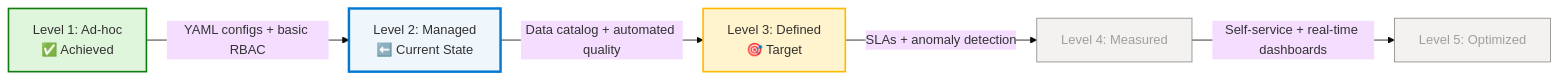
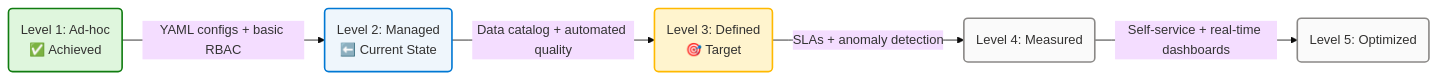
Before and after one commit to Evilazaro/DevExp-DevBox: the seventh of 14 diagrams in docs/architecture/data-architecture.md, drawn with Mermaid. The commit also changed other lines of this file, not shown here.

Commit message:
feat: update data architecture diagrams with new class definitions and styling

````diff
--- a/docs/architecture/data-architecture.md
+++ b/docs/architecture/data-architecture.md
@@ -741,40 +742,40 @@
 ```mermaid
 ---
 config:
   theme: base
   look: classic
   layout: dagre
   themeVariables:
     fontSize: "16px"
 ---
 flowchart LR
     accTitle: DevExp-DevBox Data Governance Maturity Matrix
     accDescr: Shows the current data maturity level assessment from Level 1 Ad-hoc through Level 5 Optimized with current position at Level 2 Managed
 
     %% ═══════════════════════════════════════════════════════════════════════════
     %% AZURE / FLUENT ARCHITECTURE PATTERN v1.1
     %% (Semantic + Structural + Font + Accessibility Governance)
     %% ═══════════════════════════════════════════════════════════════════════════
     %% PHASE 1 - FLUENT UI: All styling uses approved Fluent UI palette only
     %% PHASE 2 - GROUPS: Every subgraph has semantic color via style directive
     %% PHASE 3 - COMPONENTS: Every node has semantic classDef + icon prefix
     %% PHASE 4 - ACCESSIBILITY: accTitle/accDescr present, WCAG AA contrast
     %% PHASE 5 - STANDARD: Governance block present, classDefs centralized
     %% ═══════════════════════════════════════════════════════════════════════════
 
-    classDef achieved fill:#DFF6DD,stroke:#107C10,stroke-width:2px,color:#323130
-    classDef current fill:#EFF6FC,stroke:#0078D4,stroke-width:3px,color:#323130
-    classDef target fill:#FFF4CE,stroke:#FFB900,stroke-width:2px,color:#323130
-    classDef future fill:#F3F2F1,stroke:#8A8886,stroke-width:1px,color:#A19F9D
+    classDef success fill:#DFF6DD,stroke:#107C10,stroke-width:2px,color:#323130
+    classDef core fill:#EFF6FC,stroke:#0078D4,stroke-width:2px,color:#323130
+    classDef warning fill:#FFF4CE,stroke:#FFB900,stroke-width:2px,color:#323130
+    classDef neutral fill:#FAFAFA,stroke:#8A8886,stroke-width:2px,color:#323130
 
-    L1["Level 1: Ad-hoc<br>✅ Achieved"]:::achieved
-    L2["Level 2: Managed<br>⬅️ Current State"]:::current
-    L3["Level 3: Defined<br>🎯 Target"]:::target
-    L4["Level 4: Measured"]:::future
-    L5["Level 5: Optimized"]:::future
+    L1("Level 1: Ad-hoc<br>✅ Achieved"):::success
+    L2("Level 2: Managed<br>⬅️ Current State"):::core
+    L3("Level 3: Defined<br>🎯 Target"):::warning
+    L4("Level 4: Measured"):::neutral
+    L5("Level 5: Optimized"):::neutral
 
     L1 -->|"YAML configs + basic RBAC"| L2
     L2 -->|"Data catalog + automated quality"| L3
     L3 -->|"SLAs + anomaly detection"| L4
     L4 -->|"Self-service + real-time dashboards"| L5
 ```
````
